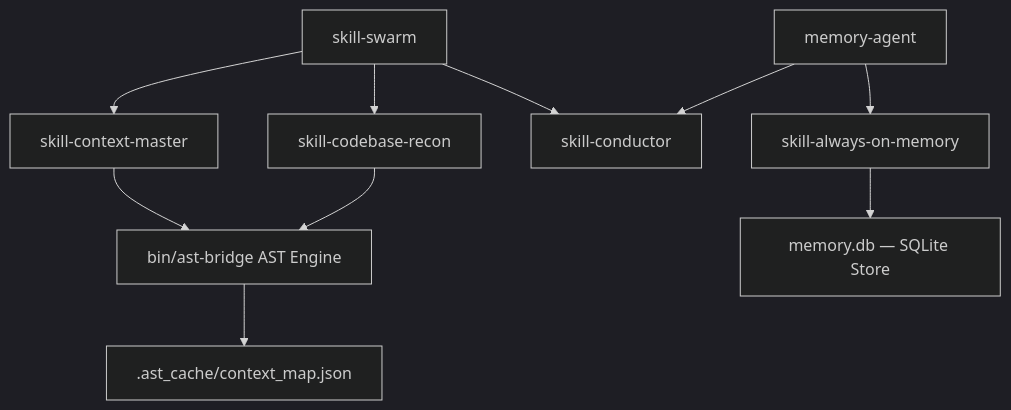
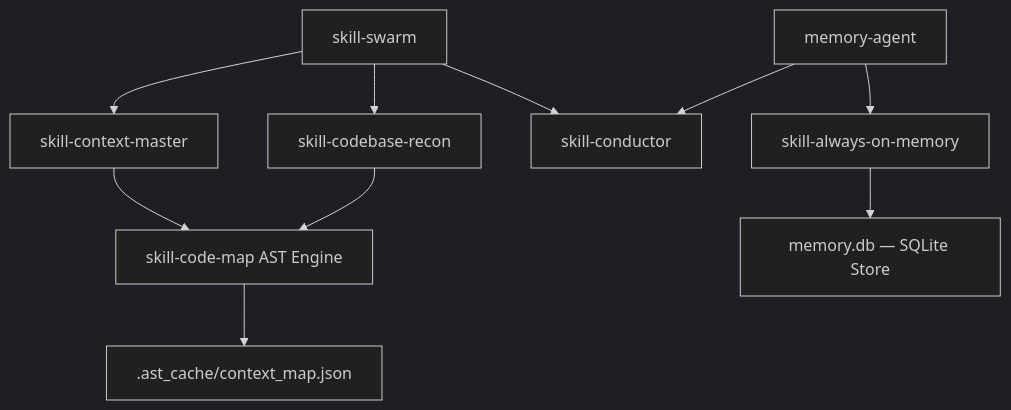
Before and after one commit to rb1whitney/agentic-project-factory: the fourth of 7 diagrams in docs/agentic-factory-architecture.md, drawn with Mermaid (dark theme). The commit also changed other lines of this file and 24 other files, not shown here.

First line of the commit message:
refactor: Collapse bin/ast-bridge into skill-code-map/scripts as the single AST toolchain

````diff
--- a/docs/agentic-factory-architecture.md
+++ b/docs/agentic-factory-architecture.md
@@ -143,23 +143,23 @@
 ```mermaid
 graph TD
     MEM_A["memory-agent"]
     SK_MEM["skill-always-on-memory"]
     SK_COND["skill-conductor"]
     SK_SWARM["skill-swarm"]
     SK_RECON["skill-codebase-recon"]
     SK_CTX["skill-context-master"]
-    SK_AST["bin/ast-bridge AST Engine"]
+    SK_AST["skill-code-map AST Engine"]
 
     MEM_A --> SK_MEM
     MEM_A --> SK_COND
 
     SK_SWARM --> SK_COND
     SK_SWARM --> SK_RECON
     SK_SWARM --> SK_CTX
 
     SK_RECON --> SK_AST
     SK_CTX --> SK_AST
 
     SK_MEM --> MEM_DB["memory.db — SQLite Store"]
     SK_AST --> AST_CACHE[".ast_cache/context_map.json"]
 ```
````
